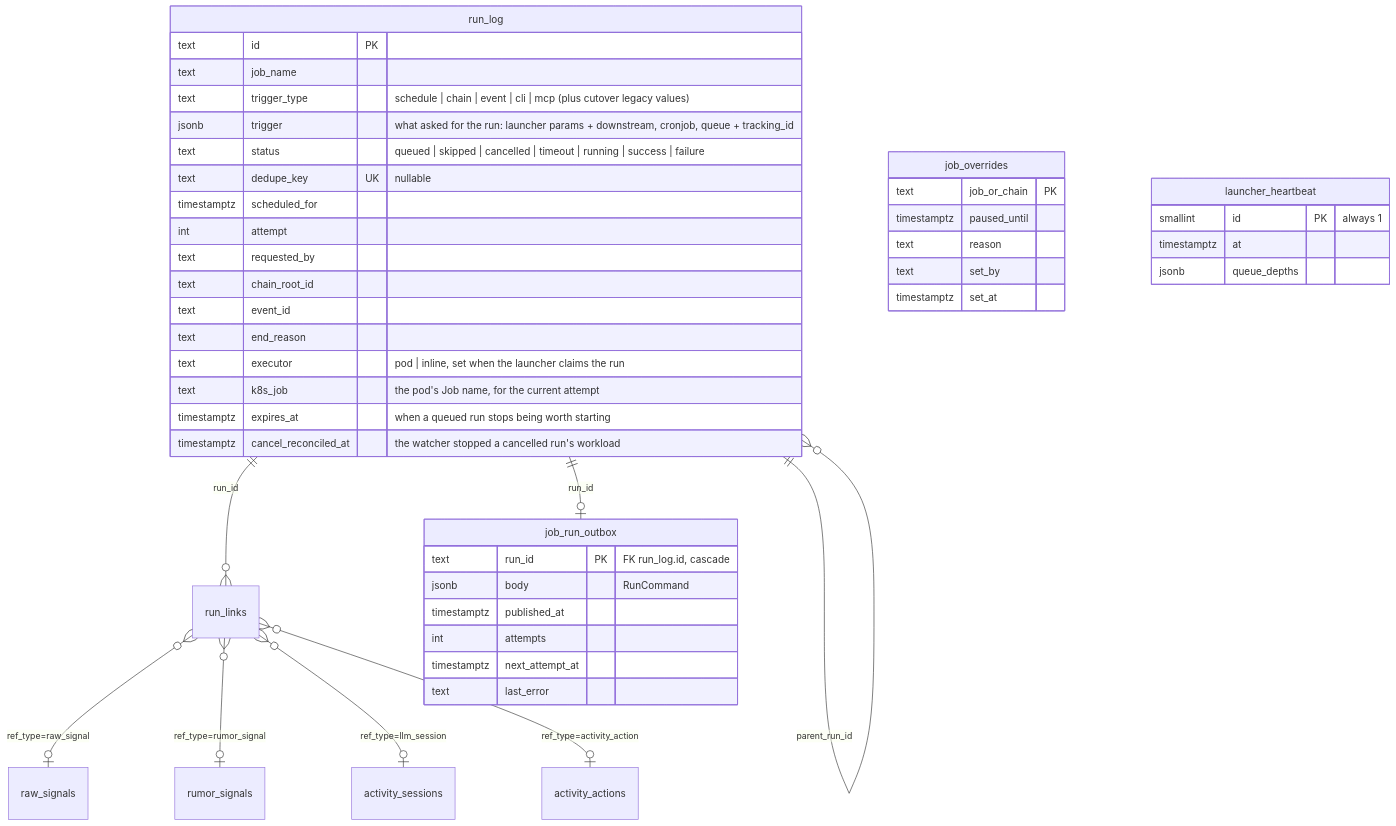
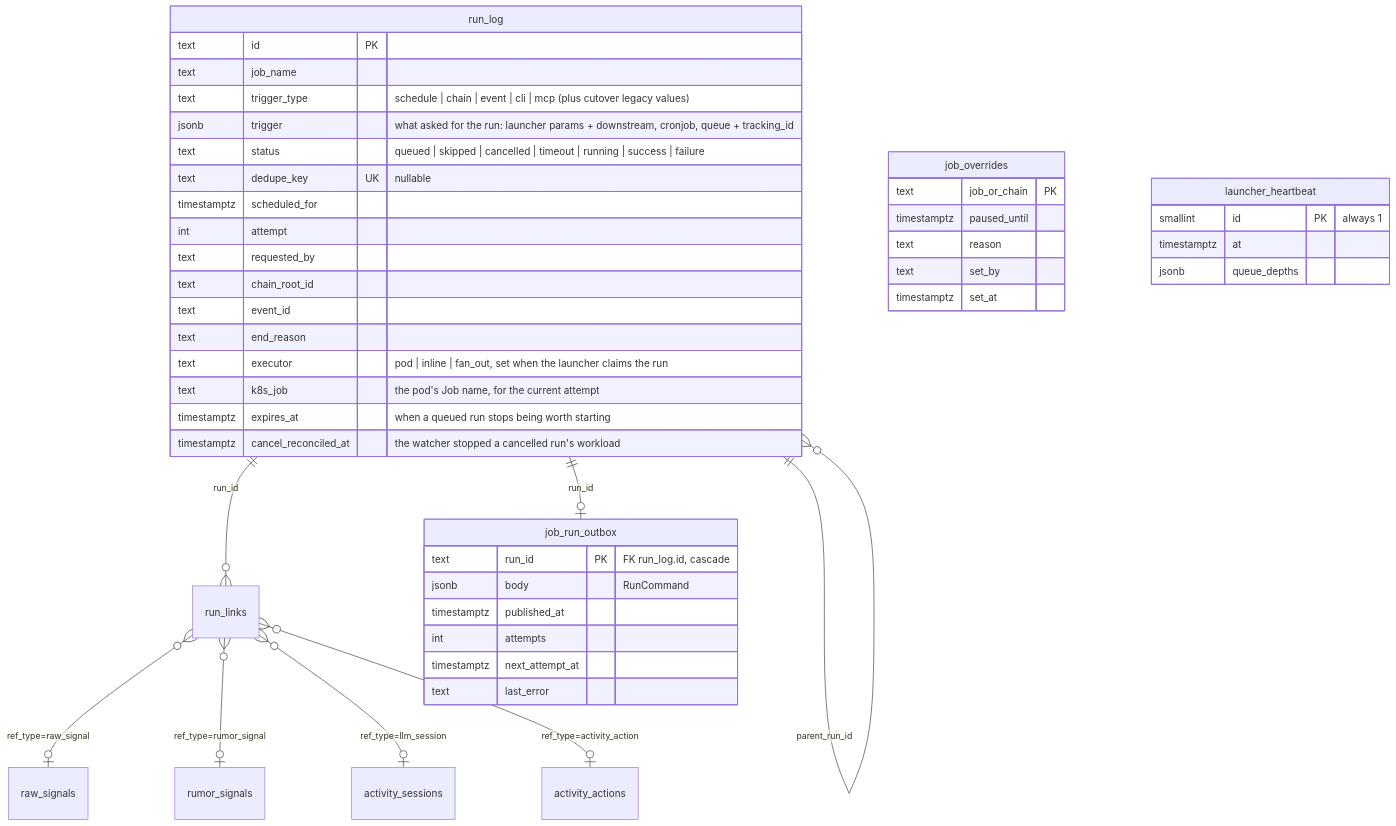
One commit to cvillarr23/fantasy-core-pipeline changed the fifth of 6 diagrams in docs/data-model.md. Above: the diagram before and after it, drawn with Mermaid. The commit also changed other lines of this file and 20 other files, not shown here.

````diff
--- a/docs/data-model.md
+++ b/docs/data-model.md
@@ -113,48 +113,48 @@
 ```mermaid
 erDiagram
     run_log ||--o{ run_links : "run_id"
     run_log ||--o| job_run_outbox : "run_id"
     run_log ||--o{ run_log : "parent_run_id"
     run_links }o--o| raw_signals : "ref_type=raw_signal"
     run_links }o--o| rumor_signals : "ref_type=rumor_signal"
     run_links }o--o| activity_sessions : "ref_type=llm_session"
     run_links }o--o| activity_actions : "ref_type=activity_action"
     run_log {
         text id PK
         text job_name
         text trigger_type "schedule | chain | event | cli | mcp (plus cutover legacy values)"
         jsonb trigger "what asked for the run: launcher params + downstream, cronjob, queue + tracking_id"
         text status "queued | skipped | cancelled | timeout | running | success | failure"
         text dedupe_key UK "nullable"
         timestamptz scheduled_for
         int attempt
         text requested_by
         text chain_root_id
         text event_id
         text end_reason
-        text executor "pod | inline, set when the launcher claims the run"
+        text executor "pod | inline | fan_out, set when the launcher claims the run"
         text k8s_job "the pod's Job name, for the current attempt"
         timestamptz expires_at "when a queued run stops being worth starting"
         timestamptz cancel_reconciled_at "the watcher stopped a cancelled run's workload"
     }
     job_overrides {
         text job_or_chain PK
         timestamptz paused_until
         text reason
         text set_by
         timestamptz set_at
     }
     job_run_outbox {
         text run_id PK "FK run_log.id, cascade"
         jsonb body "RunCommand"
         timestamptz published_at
         int attempts
         timestamptz next_attempt_at
         text last_error
     }
     launcher_heartbeat {
         smallint id PK "always 1"
         timestamptz at
         jsonb queue_depths
     }
 ```
````
